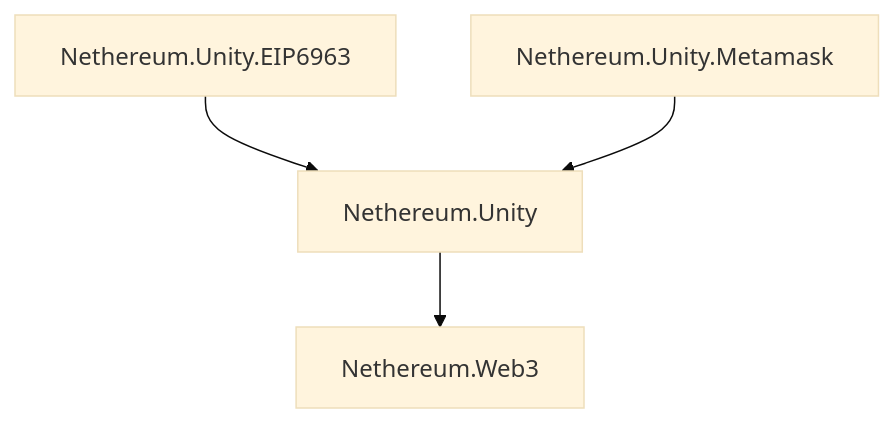
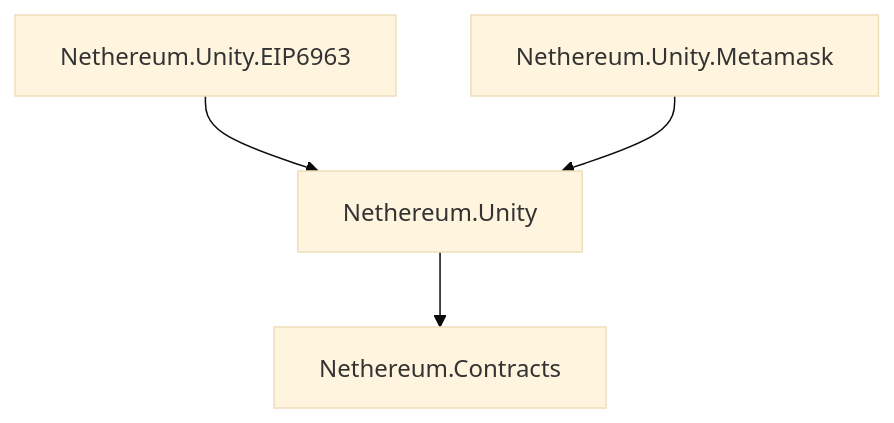
Before and after one commit to Nethereum/Nethereum.Documentation: diagram 18 of 21 in docs/architecture.md, drawn with Mermaid (base theme). The commit also changed other lines of this file and 6 other files, not shown here.

First line of the commit message:
Docs: fix getting-started, transport and architecture pages against source

````diff
--- a/docs/architecture.md
+++ b/docs/architecture.md
@@ -335,6 +334,6 @@
 ```mermaid
 graph TD
-    Unity["Nethereum.Unity"] --> Web3["Nethereum.Web3"]
+    Unity["Nethereum.Unity"] --> Contracts["Nethereum.Contracts"]
     UnityEIP6963["Nethereum.Unity.EIP6963"] --> Unity
     UnityMetamask["Nethereum.Unity.Metamask"] --> Unity
 ```
````
